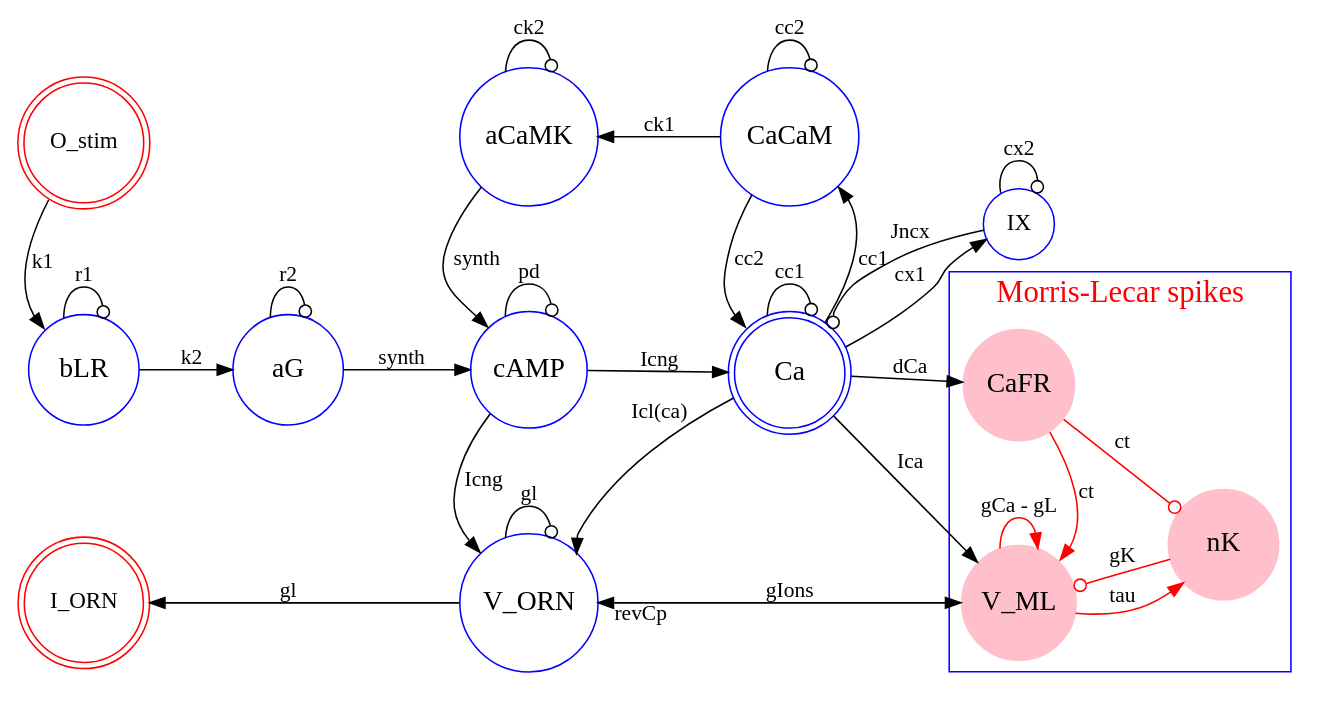
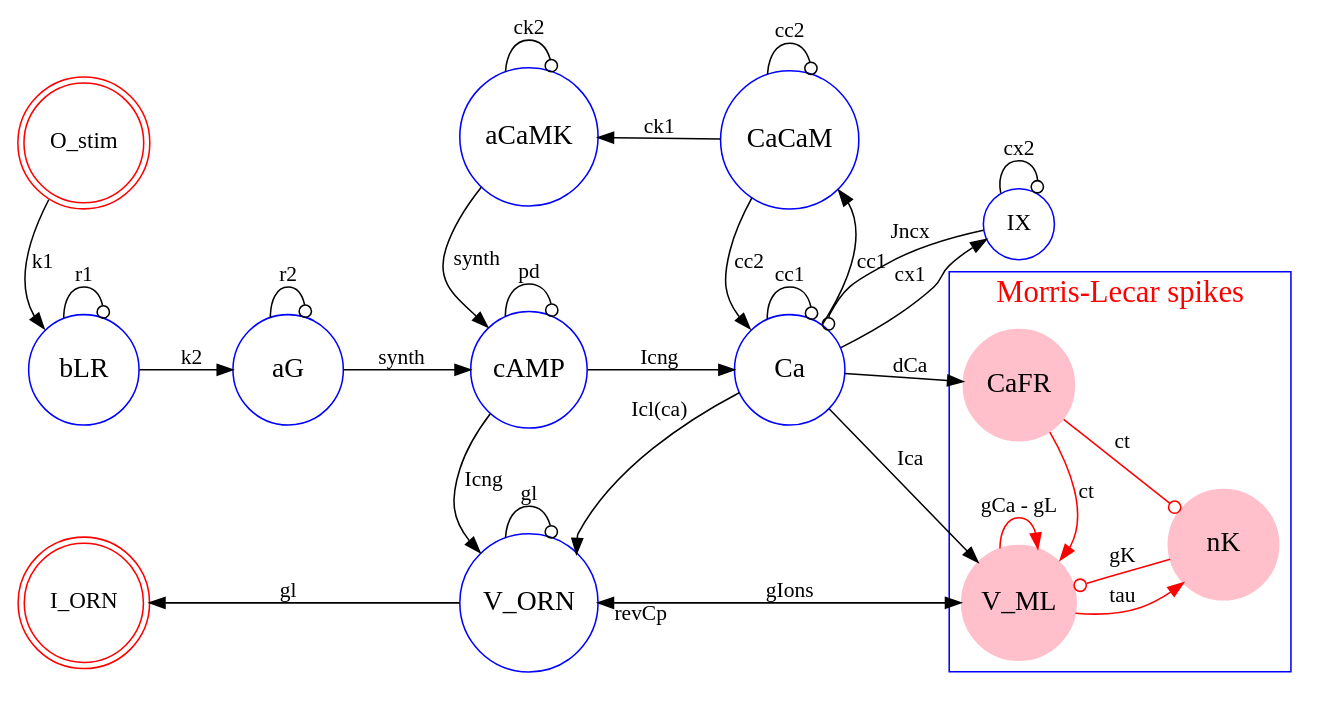
Before and after one commit to ShivanshDave/Spiking_ORN: the diagram in Report/spiking_ORN_model.gv, drawn with Graphviz. The commit also changed 12 other files, not shown here.

```diff
--- a/Report/spiking_ORN_model.gv
+++ b/Report/spiking_ORN_model.gv
@@ -1,58 +1,58 @@
 digraph spiking_ORN {
 	rankdir=LR;
 	node [shape = doublecircle, color=red, width=0.7,fontsize=15]; O_stim, I_ORN;
-	node [shape = doublecircle, color=blue, width=1,fontsize=18]; Ca;
+	//node [shape = doublecircle, color=blue, width=1,fontsize=18]; Ca;
 	node [shape = circle, color=blue, width=0, fontsize=15]; IX;
 	node [shape = circle, color=blue, width=1,fontsize=18,style=unfilled];
 	edge [color=black];
 	
 
 	subgraph clusterB {
 		node [style=filled, color=pink];
 		edge [color=red];
 		label = "Morris-Lecar spikes";
 		fontsize = 20;
 		fontcolor=red;
 		color=blue;
 		nK -> V_ML[label = gK, arrowhead=odot];
 		CaFR -> V_ML [arrowhead="odot",label = "ct",headport="ne"];
 		CaFR -> nK [label = "ct", arrowhead=odot];
 		V_ML -> nK [label = "tau"];
 		V_ML -> V_ML [label = "gCa - gL"];
 		{rank = max nK}
 		{rank = same CaFR V_ML}
     }
 
 	O_stim -> bLR [label = k1, headport=nw];
 	bLR -> bLR [label = r1, arrowhead=odot];
 	bLR -> aG [label = k2];
 	aG -> aG [label = r2, arrowhead=odot];
 	aG -> cAMP [label = synth];
 	aCaMK -> cAMP [label = synth, arrowhead=odot,headport=nw];
 	cAMP -> cAMP [label = pd, arrowhead=odot];
 	CaCaM -> aCaMK [label = ck1];
 	aCaMK -> aCaMK [label = ck2, arrowhead=odot];
 	CaCaM -> CaCaM [label = cc2, arrowhead=odot];
 	Ca -> CaCaM [label = cc1, headport=se];	
 	Ca -> Ca [label = cc1, arrowhead=odot];	
 	CaCaM -> Ca [label = cc2, headport=nw];
 
 	Ca -> IX [label = cx1];
 	IX -> IX [label = cx2, arrowhead=odot];
 	IX -> Ca [label = Jncx, arrowhead=odot,headport=ne];
 
 	cAMP -> Ca [label = Icng];
 	cAMP -> V_ORN [label = Icng, headport=nw];
 	V_ORN -> V_ORN [label = gl, arrowhead=odot];
 	Ca -> V_ORN [label="Icl(ca)", headport=ne];
 	V_ORN -> I_ORN [label = gl];
 	Ca -> CaFR [label = "dCa"];
 	V_ORN -> V_ML [dir=both, label=gIons, taillabel="  revCp"];
 	Ca -> V_ML [label = "Ica"];
 
 	{rank = min bLR O_stim I_ORN}
 	{rank = same cAMP aCaMK V_ORN}
 	{rank = same Ca CaCaM}
 }
 
 // dot -Tpng -Gdpi=300 spiking_ORN_model.gv -o .\figs\model.png
```
